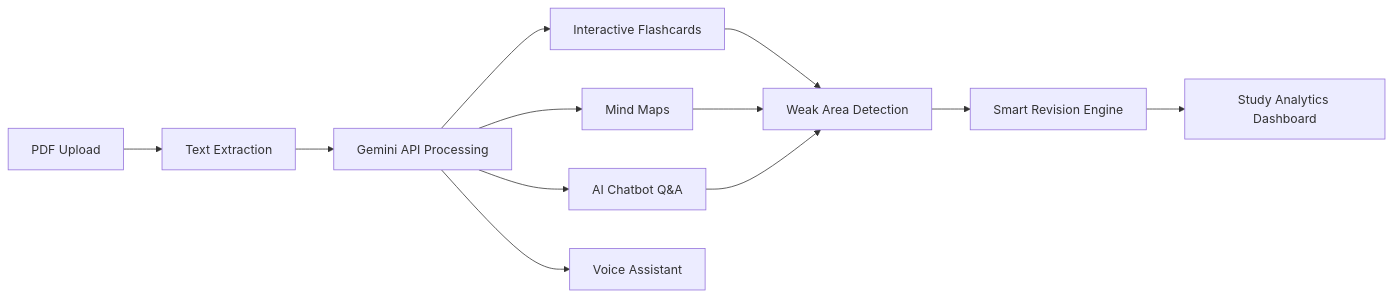
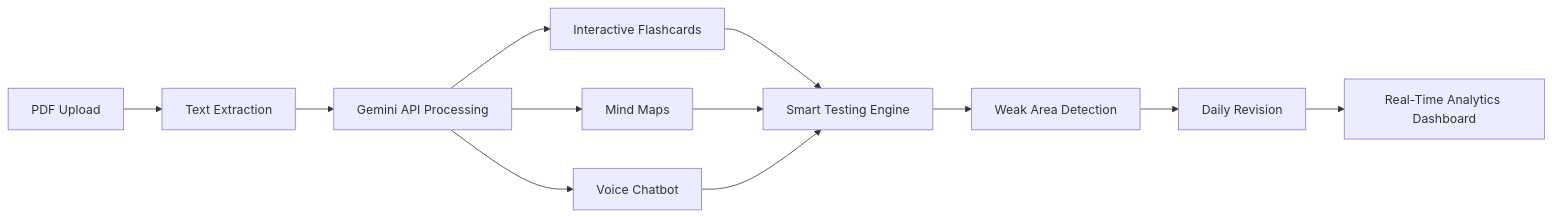
One commit to razashoeb840/razashoeb840 changed the second of 4 diagrams in README.md. Above: the diagram before and after it, drawn with Mermaid. The commit also changed other lines of this file, not shown here.

````diff
--- a/README.md
+++ b/README.md
@@ -234,14 +266,14 @@
 ```mermaid
 flowchart LR
     A["PDF Upload"] --> B["Text Extraction"]
     B --> C["Gemini API Processing"]
     C --> D["Interactive Flashcards"]
     C --> E["Mind Maps"]
-    C --> F["AI Chatbot Q&A"]
-    C --> G["Voice Assistant"]
-    D --> H["Weak Area Detection"]
-    E --> H
-    F --> H
-    H --> I["Smart Revision Engine"]
-    I --> J["Study Analytics Dashboard"]
+    C --> F["Voice Chatbot"]
+    D --> G["Smart Testing Engine"]
+    E --> G
+    F --> G
+    G --> H["Weak Area Detection"]
+    H --> I["Daily Revision"]
+    I --> J["Real-Time Analytics Dashboard"]
 ```
````
